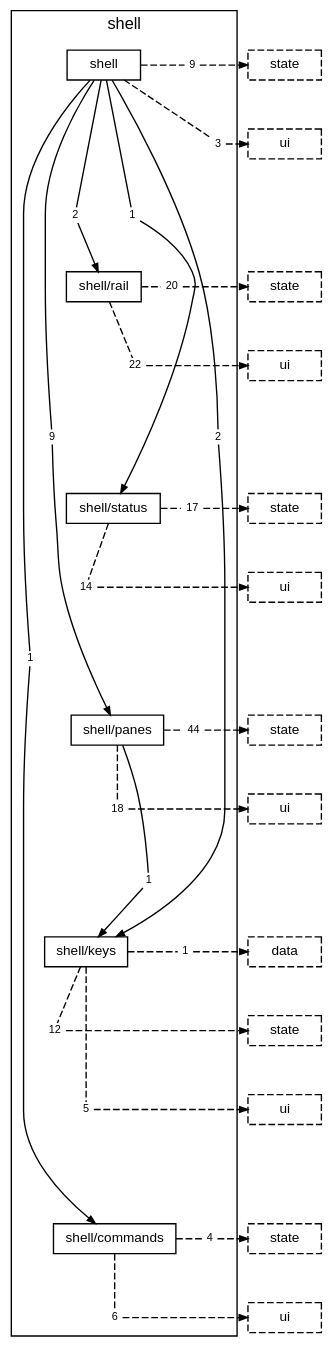
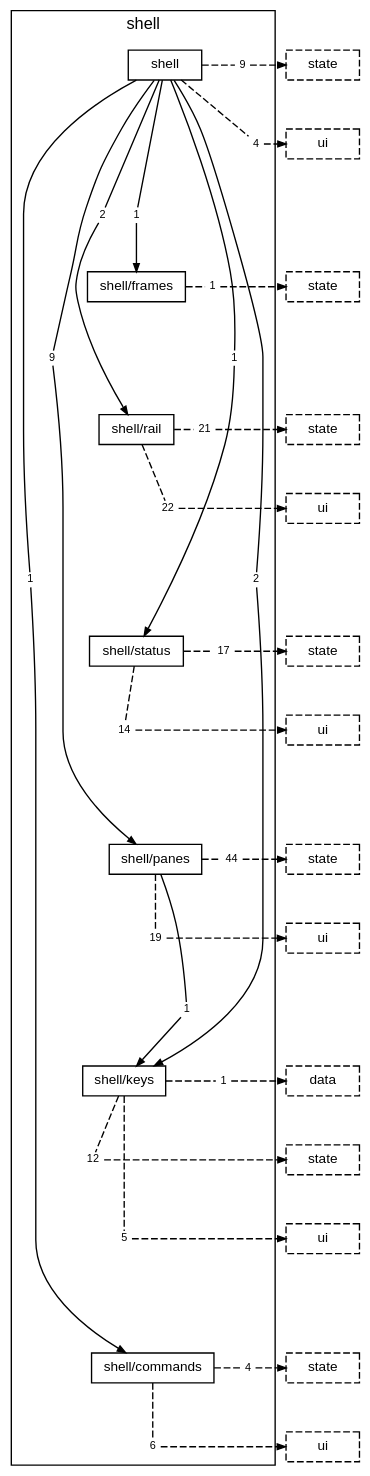
The diagram in docs/diagrams/layer-shell.dot (TheAxeC/oculus), drawn with Graphviz before and after one commit. The commit also changed 151 other files, not shown here.

```diff
--- a/docs/diagrams/layer-shell.dot
+++ b/docs/diagrams/layer-shell.dot
@@ -1,102 +1,112 @@
 digraph layer_shell {
     graph [bgcolor="transparent", rankdir=TB, newrank=true, mclimit=4, fontname="Helvetica,Arial,sans-serif", fontsize=12, nodesep=0.2, ranksep=0.5];
     node [shape=box, color="black", fontcolor="black", fontname="Helvetica,Arial,sans-serif", fontsize=10, height=0.3, margin="0.12,0.04"];
     edge [color="black", fontcolor="black", fontname="Helvetica,Arial,sans-serif", fontsize=8, arrowsize=0.6];
     subgraph "cluster_shell" {
         label="shell"; style=solid;
         "folder shell" [label="shell"];
+        "folder shell/frames" [label="shell/frames"];
         "folder shell/rail" [label="shell/rail"];
         "folder shell/status" [label="shell/status"];
         "folder shell/panes" [label="shell/panes"];
         "folder shell/keys" [label="shell/keys"];
         "folder shell/commands" [label="shell/commands"];
         "folder shell to folder shell/commands" [label="1", shape=box, color="transparent", fontsize=8, width=0, height=0, margin="0.04,0.02"];
+        "folder shell to folder shell/frames" [label="1", shape=box, color="transparent", fontsize=8, width=0, height=0, margin="0.04,0.02"];
         "folder shell to folder shell/keys" [label="2", shape=box, color="transparent", fontsize=8, width=0, height=0, margin="0.04,0.02"];
         "folder shell to folder shell/panes" [label="9", shape=box, color="transparent", fontsize=8, width=0, height=0, margin="0.04,0.02"];
         "folder shell to folder shell/rail" [label="2", shape=box, color="transparent", fontsize=8, width=0, height=0, margin="0.04,0.02"];
         "folder shell to folder shell/status" [label="1", shape=box, color="transparent", fontsize=8, width=0, height=0, margin="0.04,0.02"];
         "folder shell to layer state" [label="9", shape=box, color="transparent", fontsize=8, width=0, height=0, margin="0.04,0.02"];
-        "folder shell to layer ui" [label="3", shape=box, color="transparent", fontsize=8, width=0, height=0, margin="0.04,0.02"];
-        "folder shell/rail to layer state" [label="20", shape=box, color="transparent", fontsize=8, width=0, height=0, margin="0.04,0.02"];
+        "folder shell to layer ui" [label="4", shape=box, color="transparent", fontsize=8, width=0, height=0, margin="0.04,0.02"];
+        "folder shell/frames to layer state" [label="1", shape=box, color="transparent", fontsize=8, width=0, height=0, margin="0.04,0.02"];
+        "folder shell/rail to layer state" [label="21", shape=box, color="transparent", fontsize=8, width=0, height=0, margin="0.04,0.02"];
         "folder shell/rail to layer ui" [label="22", shape=box, color="transparent", fontsize=8, width=0, height=0, margin="0.04,0.02"];
         "folder shell/status to layer state" [label="17", shape=box, color="transparent", fontsize=8, width=0, height=0, margin="0.04,0.02"];
         "folder shell/status to layer ui" [label="14", shape=box, color="transparent", fontsize=8, width=0, height=0, margin="0.04,0.02"];
         "folder shell/panes to folder shell/keys" [label="1", shape=box, color="transparent", fontsize=8, width=0, height=0, margin="0.04,0.02"];
         "folder shell/panes to layer state" [label="44", shape=box, color="transparent", fontsize=8, width=0, height=0, margin="0.04,0.02"];
-        "folder shell/panes to layer ui" [label="18", shape=box, color="transparent", fontsize=8, width=0, height=0, margin="0.04,0.02"];
+        "folder shell/panes to layer ui" [label="19", shape=box, color="transparent", fontsize=8, width=0, height=0, margin="0.04,0.02"];
         "folder shell/keys to layer data" [label="1", shape=box, color="transparent", fontsize=8, width=0, height=0, margin="0.04,0.02"];
         "folder shell/keys to layer state" [label="12", shape=box, color="transparent", fontsize=8, width=0, height=0, margin="0.04,0.02"];
         "folder shell/keys to layer ui" [label="5", shape=box, color="transparent", fontsize=8, width=0, height=0, margin="0.04,0.02"];
         "folder shell/commands to layer state" [label="4", shape=box, color="transparent", fontsize=8, width=0, height=0, margin="0.04,0.02"];
         "folder shell/commands to layer ui" [label="6", shape=box, color="transparent", fontsize=8, width=0, height=0, margin="0.04,0.02"];
     }
     "layer state from folder shell" [label="state", style=dashed];
     "layer ui from folder shell" [label="ui", style=dashed];
+    "layer state from folder shell/frames" [label="state", style=dashed];
     "layer state from folder shell/rail" [label="state", style=dashed];
     "layer ui from folder shell/rail" [label="ui", style=dashed];
     "layer state from folder shell/status" [label="state", style=dashed];
     "layer ui from folder shell/status" [label="ui", style=dashed];
     "layer state from folder shell/panes" [label="state", style=dashed];
     "layer ui from folder shell/panes" [label="ui", style=dashed];
     "layer data from folder shell/keys" [label="data", style=dashed];
     "layer state from folder shell/keys" [label="state", style=dashed];
     "layer ui from folder shell/keys" [label="ui", style=dashed];
     "layer state from folder shell/commands" [label="state", style=dashed];
     "layer ui from folder shell/commands" [label="ui", style=dashed];
-    "folder shell" -> "folder shell/rail" [style=invis, weight=10, minlen=3];
+    "folder shell" -> "folder shell/frames" [style=invis, weight=10, minlen=3];
+    "folder shell/frames" -> "folder shell/rail" [style=invis, weight=10, minlen=2];
     "folder shell/rail" -> "folder shell/status" [style=invis, weight=10, minlen=3];
     "folder shell/status" -> "folder shell/panes" [style=invis, weight=10, minlen=3];
     "folder shell/panes" -> "folder shell/keys" [style=invis, weight=10, minlen=3];
     "folder shell/keys" -> "folder shell/commands" [style=invis, weight=10, minlen=4];
-    "folder shell" -> "folder shell to folder shell/commands" [arrowhead=none, minlen=8, weight=10];
+    "folder shell" -> "folder shell to folder shell/commands" [arrowhead=none, minlen=7, weight=10];
     "folder shell to folder shell/commands" -> "folder shell/commands" [];
-    "folder shell" -> "folder shell to folder shell/keys" [arrowhead=none, minlen=5, weight=10];
+    "folder shell" -> "folder shell to folder shell/frames" [arrowhead=none, minlen=2, weight=10];
+    "folder shell to folder shell/frames" -> "folder shell/frames" [];
+    "folder shell" -> "folder shell to folder shell/keys" [arrowhead=none, minlen=7, weight=10];
     "folder shell to folder shell/keys" -> "folder shell/keys" [];
-    "folder shell" -> "folder shell to folder shell/panes" [arrowhead=none, minlen=5, weight=10];
+    "folder shell" -> "folder shell to folder shell/panes" [arrowhead=none, minlen=4, weight=10];
     "folder shell to folder shell/panes" -> "folder shell/panes" [];
     "folder shell" -> "folder shell to folder shell/rail" [arrowhead=none, minlen=2, weight=10];
     "folder shell to folder shell/rail" -> "folder shell/rail" [];
-    "folder shell" -> "folder shell to folder shell/status" [arrowhead=none, minlen=2, weight=10];
+    "folder shell" -> "folder shell to folder shell/status" [arrowhead=none, minlen=4, weight=10];
     "folder shell to folder shell/status" -> "folder shell/status" [];
     "folder shell" -> "folder shell to layer state" [arrowhead=none, style=dashed];
     "folder shell to layer state" -> "layer state from folder shell" [style=dashed];
     { rank=same; "folder shell"; "folder shell to layer state"; "layer state from folder shell"; }
     "folder shell" -> "folder shell to layer ui" [arrowhead=none, style=dashed, minlen=1, weight=10];
     "folder shell to layer ui" -> "layer ui from folder shell" [style=dashed];
     { rank=same; "folder shell to layer ui"; "layer ui from folder shell"; }
+    "folder shell/frames" -> "folder shell/frames to layer state" [arrowhead=none, style=dashed];
+    "folder shell/frames to layer state" -> "layer state from folder shell/frames" [style=dashed];
+    { rank=same; "folder shell/frames"; "folder shell/frames to layer state"; "layer state from folder shell/frames"; }
     "folder shell/rail" -> "folder shell/rail to layer state" [arrowhead=none, style=dashed];
     "folder shell/rail to layer state" -> "layer state from folder shell/rail" [style=dashed];
     { rank=same; "folder shell/rail"; "folder shell/rail to layer state"; "layer state from folder shell/rail"; }
     "folder shell/rail" -> "folder shell/rail to layer ui" [arrowhead=none, style=dashed, minlen=1, weight=10];
     "folder shell/rail to layer ui" -> "layer ui from folder shell/rail" [style=dashed];
     { rank=same; "folder shell/rail to layer ui"; "layer ui from folder shell/rail"; }
     "folder shell/status" -> "folder shell/status to layer state" [arrowhead=none, style=dashed];
     "folder shell/status to layer state" -> "layer state from folder shell/status" [style=dashed];
     { rank=same; "folder shell/status"; "folder shell/status to layer state"; "layer state from folder shell/status"; }
     "folder shell/status" -> "folder shell/status to layer ui" [arrowhead=none, style=dashed, minlen=1, weight=10];
     "folder shell/status to layer ui" -> "layer ui from folder shell/status" [style=dashed];
     { rank=same; "folder shell/status to layer ui"; "layer ui from folder shell/status"; }
     "folder shell/panes" -> "folder shell/panes to folder shell/keys" [arrowhead=none, minlen=2, weight=10];
     "folder shell/panes to folder shell/keys" -> "folder shell/keys" [];
     "folder shell/panes" -> "folder shell/panes to layer state" [arrowhead=none, style=dashed];
     "folder shell/panes to layer state" -> "layer state from folder shell/panes" [style=dashed];
     { rank=same; "folder shell/panes"; "folder shell/panes to layer state"; "layer state from folder shell/panes"; }
     "folder shell/panes" -> "folder shell/panes to layer ui" [arrowhead=none, style=dashed, minlen=1, weight=10];
     "folder shell/panes to layer ui" -> "layer ui from folder shell/panes" [style=dashed];
     { rank=same; "folder shell/panes to layer ui"; "layer ui from folder shell/panes"; }
     "folder shell/keys" -> "folder shell/keys to layer data" [arrowhead=none, style=dashed];
     "folder shell/keys to layer data" -> "layer data from folder shell/keys" [style=dashed];
     { rank=same; "folder shell/keys"; "folder shell/keys to layer data"; "layer data from folder shell/keys"; }
     "folder shell/keys" -> "folder shell/keys to layer state" [arrowhead=none, style=dashed, minlen=1, weight=10];
     "folder shell/keys to layer state" -> "layer state from folder shell/keys" [style=dashed];
     { rank=same; "folder shell/keys to layer state"; "layer state from folder shell/keys"; }
     "folder shell/keys" -> "folder shell/keys to layer ui" [arrowhead=none, style=dashed, minlen=2, weight=10];
     "folder shell/keys to layer ui" -> "layer ui from folder shell/keys" [style=dashed];
     { rank=same; "folder shell/keys to layer ui"; "layer ui from folder shell/keys"; }
     "folder shell/commands" -> "folder shell/commands to layer state" [arrowhead=none, style=dashed];
     "folder shell/commands to layer state" -> "layer state from folder shell/commands" [style=dashed];
     { rank=same; "folder shell/commands"; "folder shell/commands to layer state"; "layer state from folder shell/commands"; }
     "folder shell/commands" -> "folder shell/commands to layer ui" [arrowhead=none, style=dashed, minlen=1, weight=10];
     "folder shell/commands to layer ui" -> "layer ui from folder shell/commands" [style=dashed];
     { rank=same; "folder shell/commands to layer ui"; "layer ui from folder shell/commands"; }
 }
```
